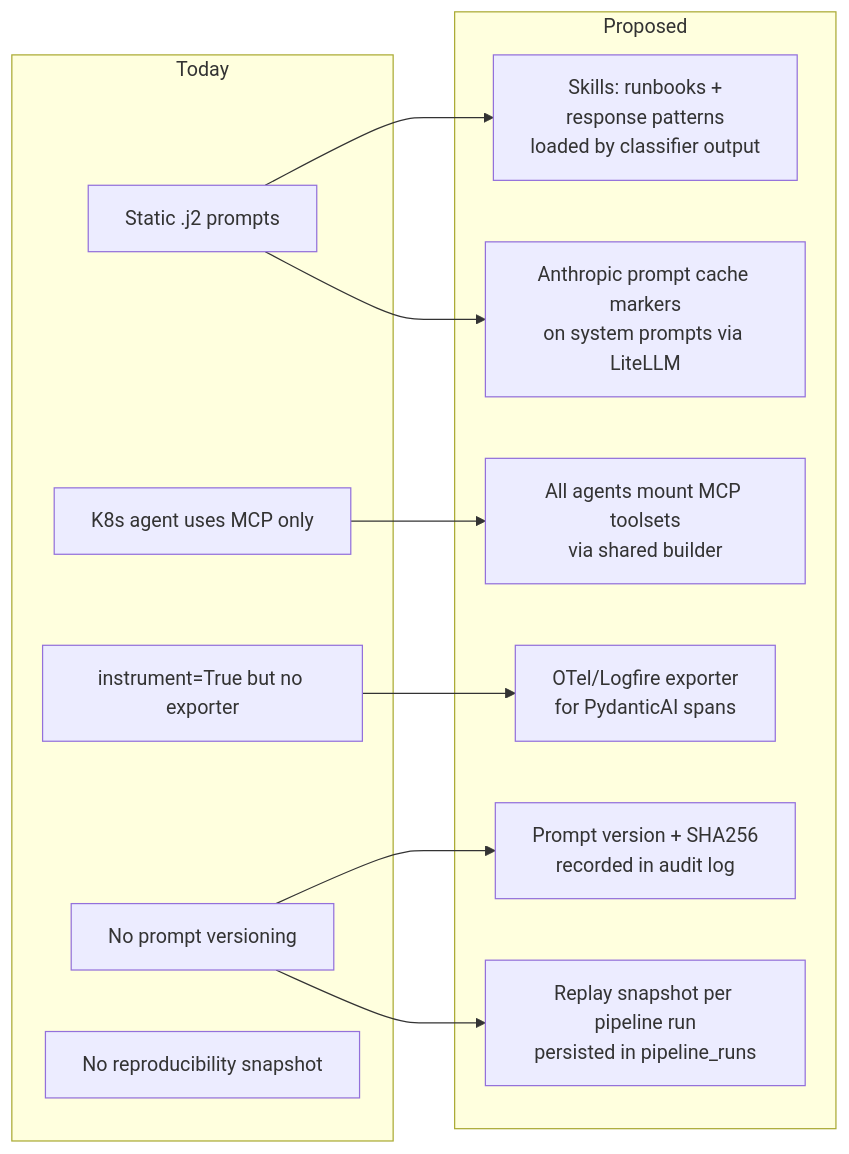
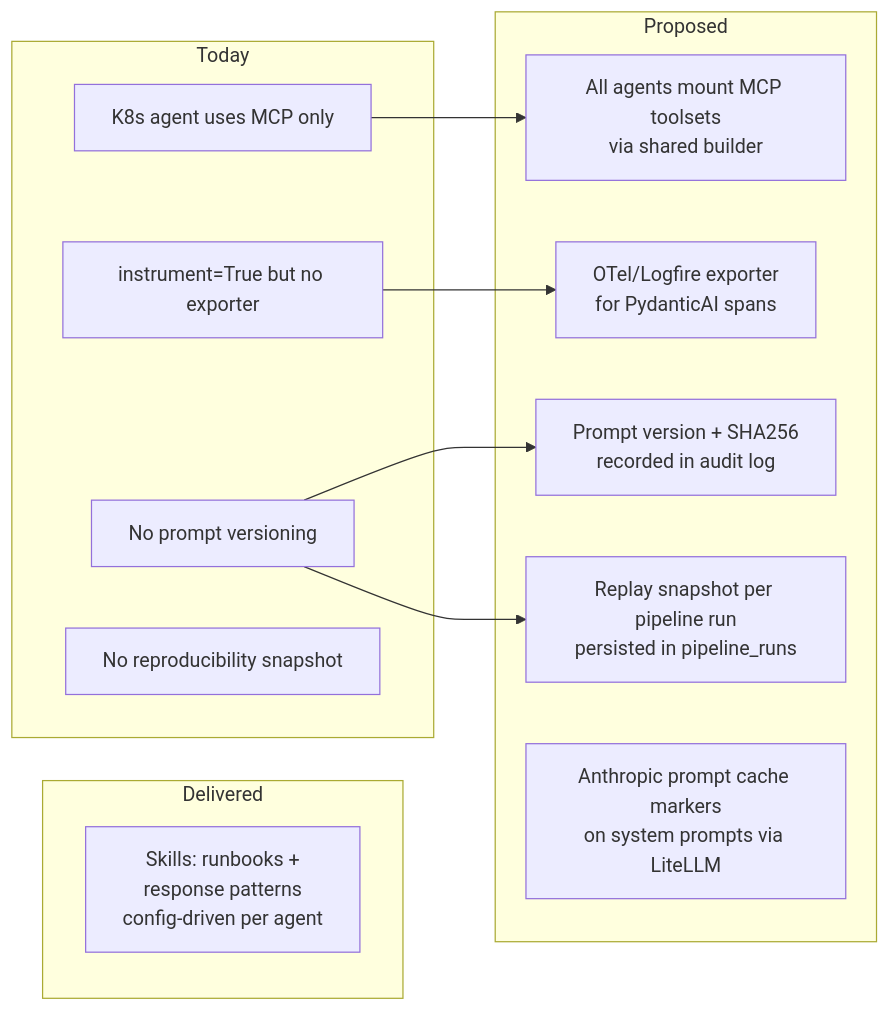
Before and after one commit to offtian/sentinel: the diagram in docs/claude-plan.md, drawn with Mermaid. The commit also changed other lines of this file and 1 other file, not shown here.

First line of the commit message:
docs: update PRD gaps table and claude-plan for skills runtime delivery

````diff
--- a/docs/claude-plan.md
+++ b/docs/claude-plan.md
@@ -271,24 +283,23 @@
 ```mermaid
 flowchart LR
+    subgraph Delivered
+      B1[Skills: runbooks +<br/>response patterns<br/>config-driven per agent]
+    end
     subgraph Today
-      A1[Static .j2 prompts]
       A2[K8s agent uses MCP only]
       A3[instrument=True but no exporter]
       A4[No prompt versioning]
       A5[No reproducibility snapshot]
     end
     subgraph Proposed
-      B1[Skills: runbooks +<br/>response patterns<br/>loaded by classifier output]
       B2[All agents mount MCP toolsets<br/>via shared builder]
       B3[OTel/Logfire exporter<br/>for PydanticAI spans]
       B4[Prompt version + SHA256<br/>recorded in audit log]
       B5[Replay snapshot per pipeline run<br/>persisted in pipeline_runs]
       B6[Anthropic prompt cache markers<br/>on system prompts via LiteLLM]
     end
-    A1 --> B1
     A2 --> B2
     A3 --> B3
     A4 --> B4
     A4 --> B5
-    A1 --> B6
 ```
````
